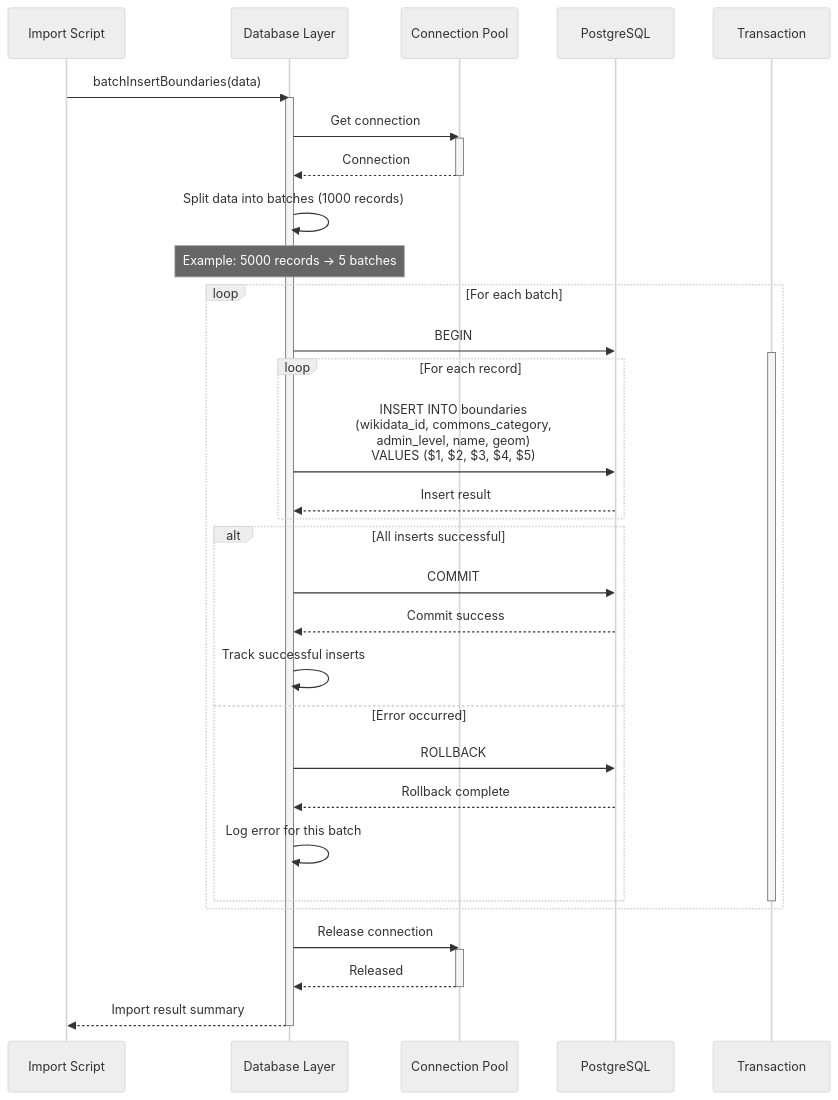
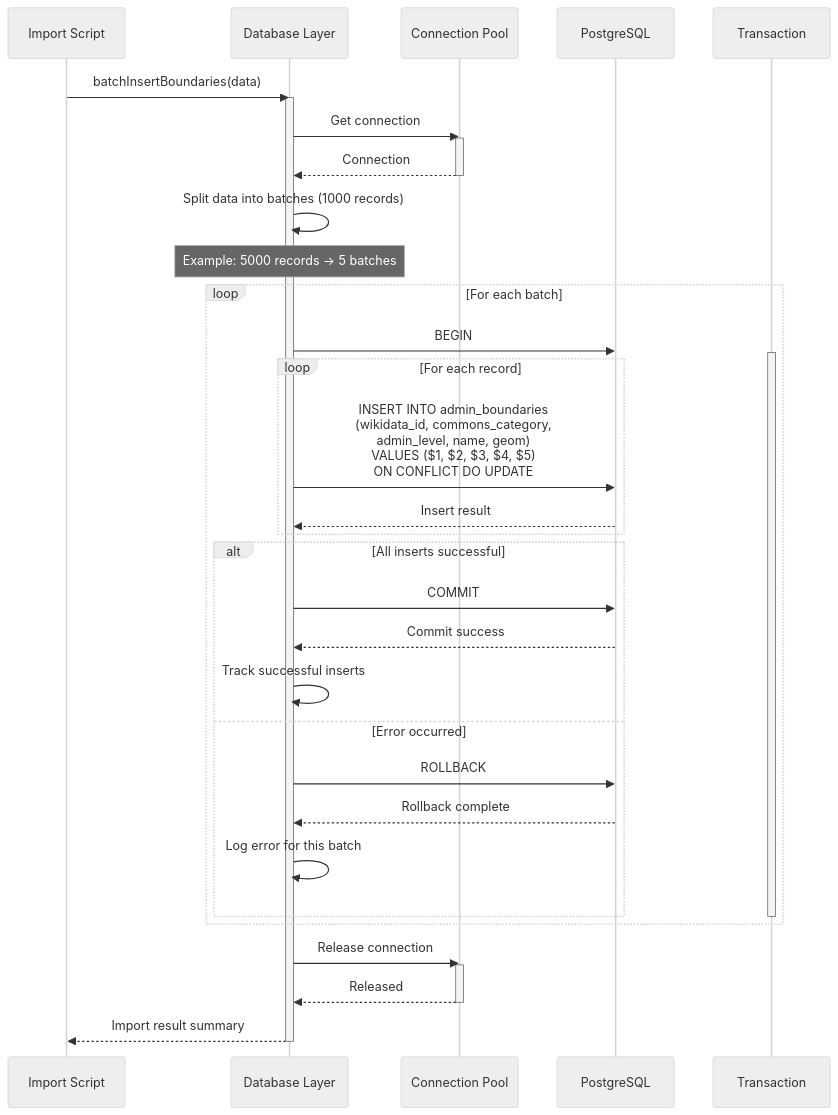
One commit to DaxServer/geocode-commons-categories changed the fifth of 12 diagrams in docs/import/data-flow.md. Above: the diagram before and after it, drawn with Mermaid (neutral theme). The commit also changed other lines of this file and 5 other files, not shown here.

````diff
--- a/docs/import/data-flow.md
+++ b/docs/import/data-flow.md
@@ -257,49 +264,49 @@
 ```mermaid
 sequenceDiagram
     participant Import as Import Script
     participant DB as Database Layer
     participant Pool as Connection Pool
     participant PG as PostgreSQL
     participant Tx as Transaction
 
     Import->>DB: batchInsertBoundaries(data)
     activate DB
 
     DB->>Pool: Get connection
     activate Pool
     Pool-->>DB: Connection
     deactivate Pool
 
     DB->>DB: Split data into batches (1000 records)
     Note over DB: Example: 5000 records → 5 batches
 
     loop For each batch
         DB->>PG: BEGIN
         activate Tx
 
         loop For each record
-            DB->>PG: INSERT INTO boundaries<br/>(wikidata_id, commons_category,<br/>admin_level, name, geom)<br/>VALUES ($1, $2, $3, $4, $5)
+            DB->>PG: INSERT INTO admin_boundaries<br/>(wikidata_id, commons_category,<br/>admin_level, name, geom)<br/>VALUES ($1, $2, $3, $4, $5)<br/>ON CONFLICT DO UPDATE
             PG-->>DB: Insert result
         end
 
         alt All inserts successful
             DB->>PG: COMMIT
             PG-->>DB: Commit success
             DB->>DB: Track successful inserts
         else Error occurred
             DB->>PG: ROLLBACK
             PG-->>DB: Rollback complete
             DB->>DB: Log error for this batch
         end
 
         deactivate Tx
     end
 
     DB->>Pool: Release connection
     activate Pool
     Pool-->>DB: Released
     deactivate Pool
 
     DB-->>Import: Import result summary
     deactivate DB
 ```
````
